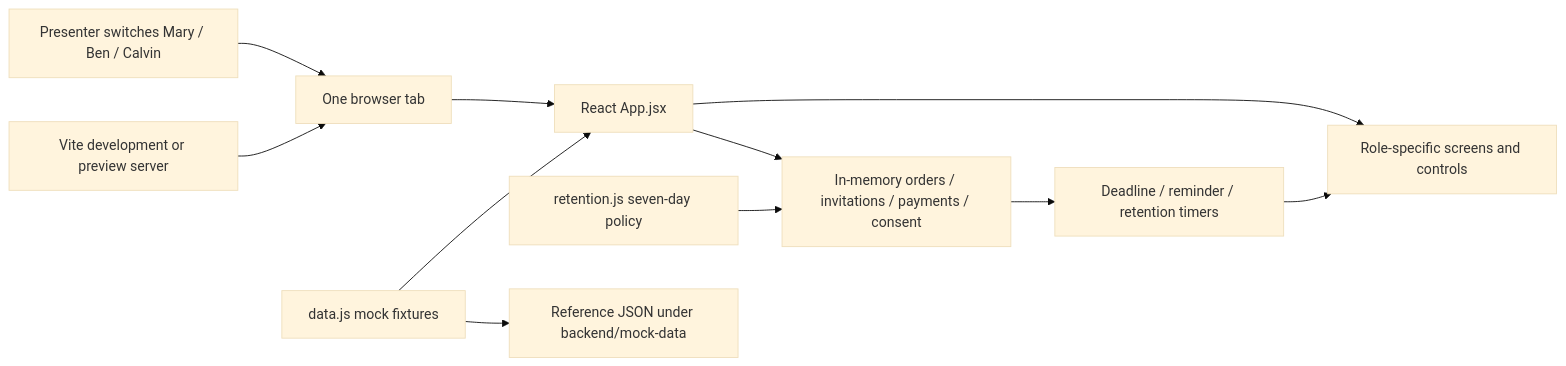
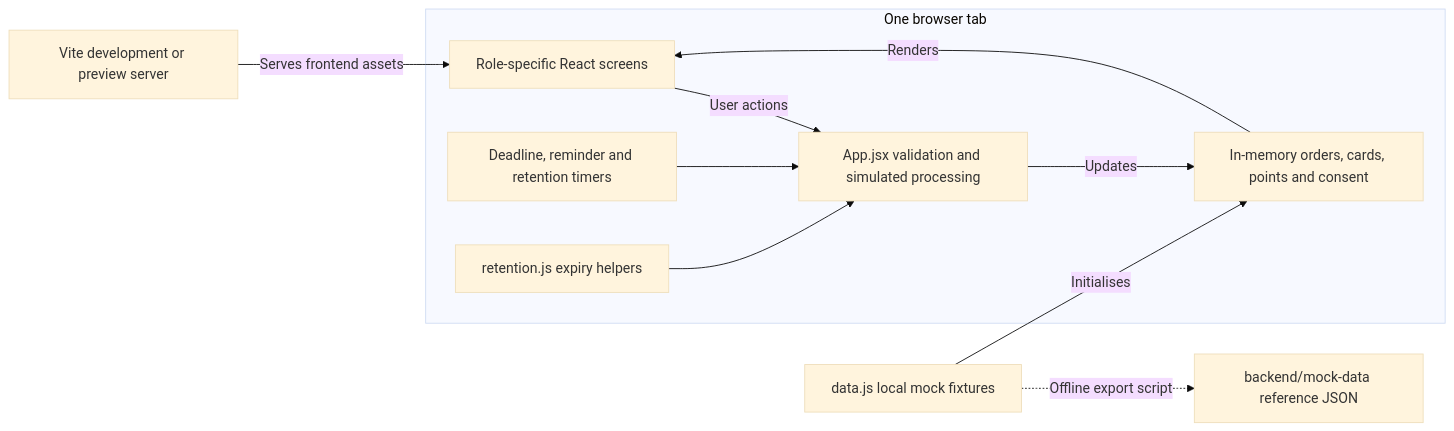
The diagram in docs/architecture/README.md (joeyleonggg/SC4025-Project), drawn with Mermaid (base theme) before and after one commit. The commit also changed other lines of this file and 1 other file, not shown here.

Commit message:
Expand architecture and technology documentation

````diff
--- a/docs/architecture/README.md
+++ b/docs/architecture/README.md
@@ -5,13 +13,13 @@
 ```mermaid
 flowchart LR
-    User[Presenter switches Mary / Ben / Calvin] --> Browser[One browser tab]
-    Vite[Vite development or preview server] --> Browser
-    Browser --> React[React App.jsx]
-    React --> UI[Role-specific screens and controls]
-    React --> State[In-memory orders / invitations / payments / consent]
-    Data[data.js mock fixtures] --> React
-    Retention[retention.js seven-day policy] --> State
-    State --> Timers[Deadline / reminder / retention timers]
-    Timers --> UI
-    Data --> Export[Reference JSON under backend/mock-data]
+    Vite["Vite development or preview server"] -->|Serves frontend assets| UI
+    subgraph Browser["One browser tab"]
+        UI["Role-specific React screens"] -->|User actions| Logic["App.jsx validation and simulated processing"]
+        Logic -->|Updates| State["In-memory orders, cards, points and consent"]
+        State -->|Renders| UI
+        Timers["Deadline, reminder and retention timers"] --> Logic
+        Retention["retention.js expiry helpers"] --> Logic
+    end
+    Data["data.js local mock fixtures"] -->|Initialises| State
+    Data -.->|Offline export script| Export["backend/mock-data reference JSON"]
 ```
````
